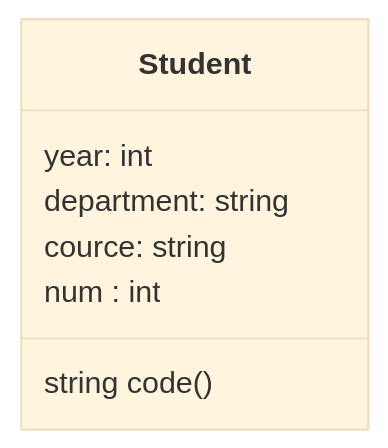
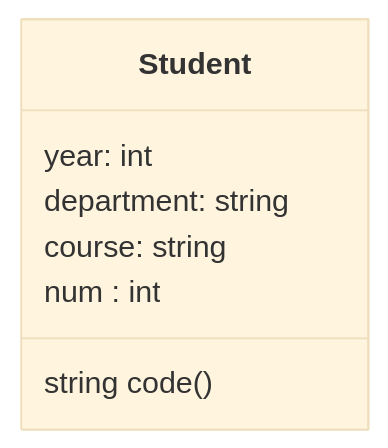
One commit to satoshi256kbyte/python-designpattern changed the first of 2 diagrams in document/1-adpater/adpater.md. Above: the diagram before and after it, drawn with Mermaid (base theme). The commit also changed other lines of this file and 3 other files, not shown here.

````diff
--- a/document/1-adpater/adpater.md
+++ b/document/1-adpater/adpater.md
@@ -1,11 +1,11 @@
 ```mermaid
 classDiagram
     Student
     class Student{
         year: int
         department: string
-        cource: string        
+        course: string        
         num : int
         string code()
     }
 ```
````
